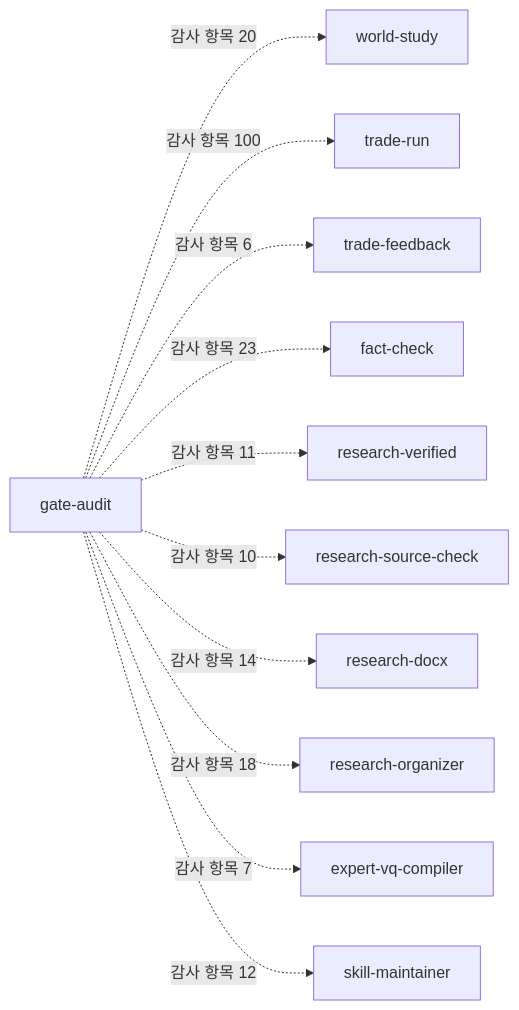
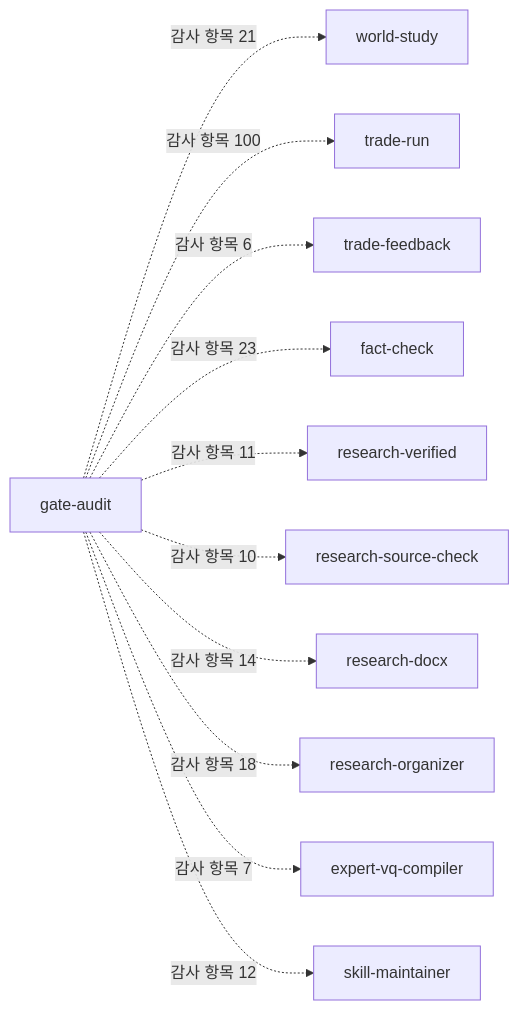
Before and after one commit to swkim46/claude-skills-portfolio: the third of 3 diagrams in docs/reference/스킬_구성.md, drawn with Mermaid. The commit also changed other lines of this file and 114 other files, not shown here.

````diff
--- a/docs/reference/스킬_구성.md
+++ b/docs/reference/스킬_구성.md
@@ -77,24 +77,24 @@
 ```mermaid
 graph LR
   gate_audit["gate-audit"]
   world_study["world-study"]
-  gate_audit -.->|감사 항목 20| world_study
+  gate_audit -.->|감사 항목 21| world_study
   trade_run["trade-run"]
   gate_audit -.->|감사 항목 100| trade_run
   trade_feedback["trade-feedback"]
   gate_audit -.->|감사 항목 6| trade_feedback
   fact_check["fact-check"]
   gate_audit -.->|감사 항목 23| fact_check
   research_verified["research-verified"]
   gate_audit -.->|감사 항목 11| research_verified
   research_source_check["research-source-check"]
   gate_audit -.->|감사 항목 10| research_source_check
   research_docx["research-docx"]
   gate_audit -.->|감사 항목 14| research_docx
   research_organizer["research-organizer"]
   gate_audit -.->|감사 항목 18| research_organizer
   expert_vq_compiler["expert-vq-compiler"]
   gate_audit -.->|감사 항목 7| expert_vq_compiler
   skill_maintainer["skill-maintainer"]
   gate_audit -.->|감사 항목 12| skill_maintainer
 ```
````
